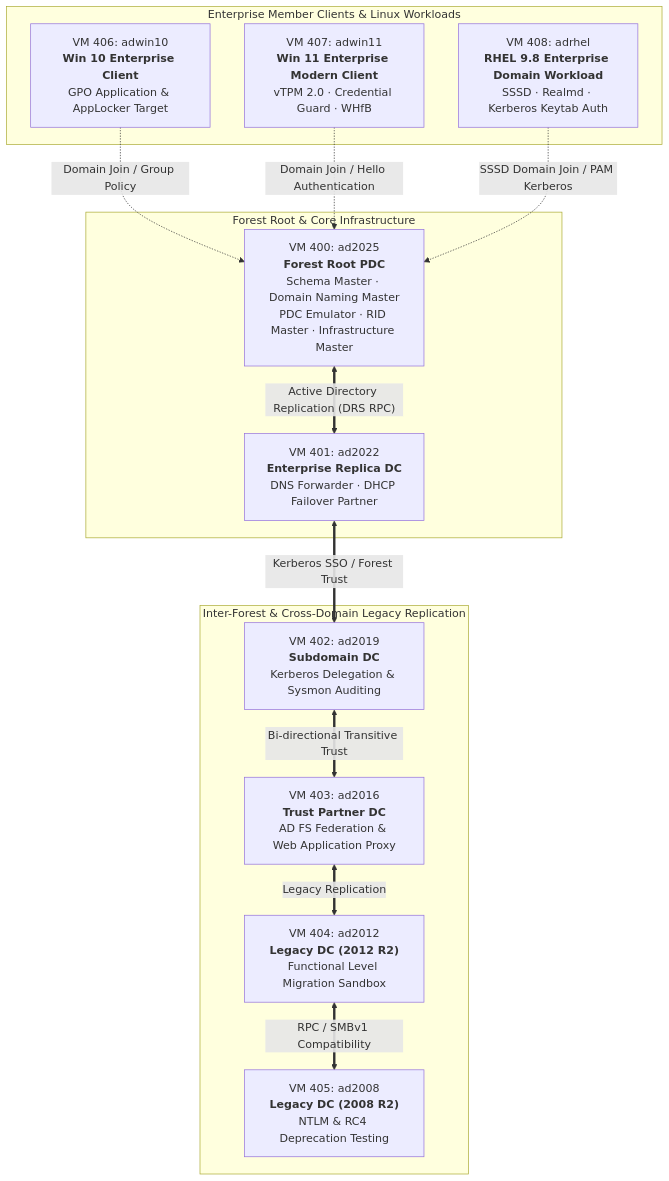
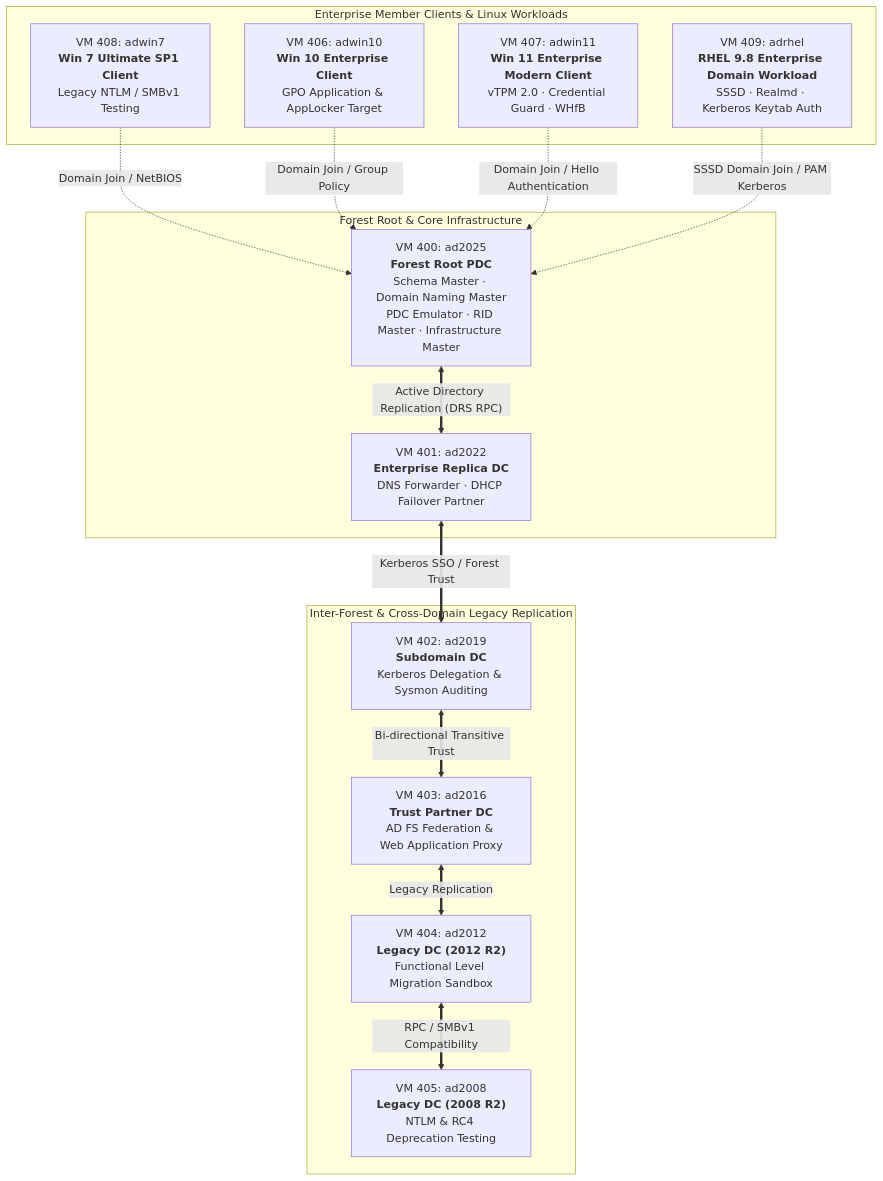
The diagram in docs/ACTIVE_DIRECTORY_LAB.md (stefanutc1/datacenter), drawn with Mermaid before and after one commit. The commit also changed other lines of this file and 28 other files, not shown here.

````diff
--- a/docs/ACTIVE_DIRECTORY_LAB.md
+++ b/docs/ACTIVE_DIRECTORY_LAB.md
@@ -36,30 +37,32 @@
 ```mermaid
 flowchart TD
     subgraph FOREST_ROOT["Forest Root & Core Infrastructure"]
         VM400["VM 400: ad2025<br/><b>Forest Root PDC</b><br/>Schema Master · Domain Naming Master<br/>PDC Emulator · RID Master · Infrastructure Master"]
         VM401["VM 401: ad2022<br/><b>Enterprise Replica DC</b><br/>DNS Forwarder · DHCP Failover Partner"]
     end
 
     subgraph LEGACY_TREE["Inter-Forest & Cross-Domain Legacy Replication"]
         VM402["VM 402: ad2019<br/><b>Subdomain DC</b><br/>Kerberos Delegation & Sysmon Auditing"]
         VM403["VM 403: ad2016<br/><b>Trust Partner DC</b><br/>AD FS Federation & Web Application Proxy"]
         VM404["VM 404: ad2012<br/><b>Legacy DC (2012 R2)</b><br/>Functional Level Migration Sandbox"]
         VM405["VM 405: ad2008<br/><b>Legacy DC (2008 R2)</b><br/>NTLM & RC4 Deprecation Testing"]
     end
 
     subgraph CLIENTS_AND_WORKLOADS["Enterprise Member Clients & Linux Workloads"]
+        VM408["VM 408: adwin7<br/><b>Win 7 Ultimate SP1 Client</b><br/>Legacy NTLM / SMBv1 Testing"]
         VM406["VM 406: adwin10<br/><b>Win 10 Enterprise Client</b><br/>GPO Application & AppLocker Target"]
         VM407["VM 407: adwin11<br/><b>Win 11 Enterprise Modern Client</b><br/>vTPM 2.0 · Credential Guard · WHfB"]
-        VM408["VM 408: adrhel<br/><b>RHEL 9.8 Enterprise Domain Workload</b><br/>SSSD · Realmd · Kerberos Keytab Auth"]
+        VM409["VM 409: adrhel<br/><b>RHEL 9.8 Enterprise Domain Workload</b><br/>SSSD · Realmd · Kerberos Keytab Auth"]
     end
 
     VM400 <==>|"Active Directory Replication (DRS RPC)"| VM401
     VM401 <==>|"Kerberos SSO / Forest Trust"| VM402
     VM402 <==>|"Bi-directional Transitive Trust"| VM403
     VM403 <==>|"Legacy Replication"| VM404
     VM404 <==>|"RPC / SMBv1 Compatibility"| VM405
 
+    VM408 -.->|"Domain Join / NetBIOS"| VM400
     VM406 -.->|"Domain Join / Group Policy"| VM400
     VM407 -.->|"Domain Join / Hello Authentication"| VM400
-    VM408 -.->|"SSSD Domain Join / PAM Kerberos"| VM400
+    VM409 -.->|"SSSD Domain Join / PAM Kerberos"| VM400
 ```
````
